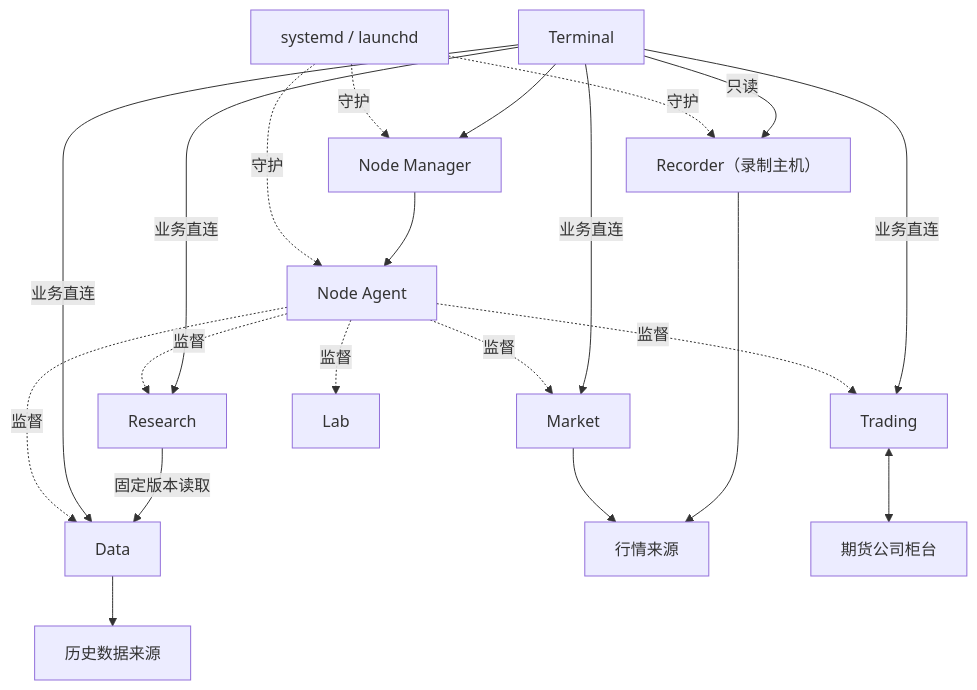
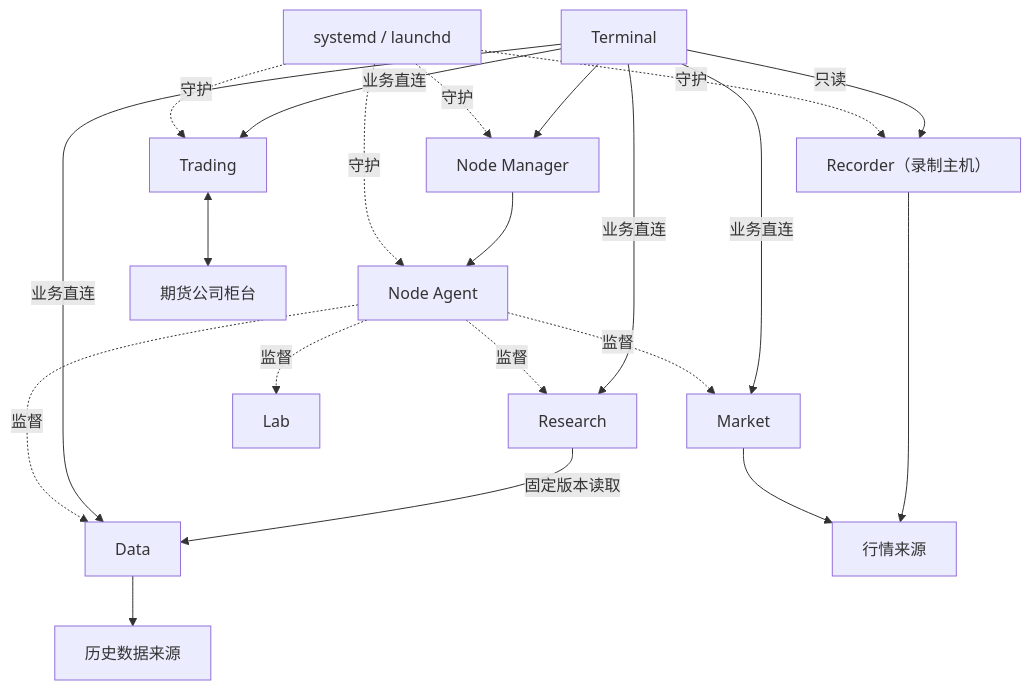
The second of 2 diagrams in docs/architecture.md (isqiwen/asterion-terminal), drawn with Mermaid before and after one commit. The commit also changed other lines of this file and 595 other files, not shown here.

````diff
--- a/docs/architecture.md
+++ b/docs/architecture.md
@@ -42,16 +45,17 @@
 ```mermaid
 flowchart TB
   OS[systemd / launchd] -.守护.-> Manager[Node Manager]
   OS -.守护.-> Agent[Node Agent]
   Terminal --> Manager
   Manager --> Agent
-  Agent -.监督.-> Market & Data & Research & Trading & Lab
+  Agent -.监督.-> Market & Data & Research & Lab
+  OS -.守护.-> Trading
   Terminal -->|业务直连| Market & Data & Research & Trading
   Research -->|固定版本读取| Data
   Market --> Provider[行情来源]
   OS -.守护.-> Recorder[Recorder（录制主机）]
   Recorder --> Provider
   Terminal -->|只读| Recorder
   Data --> Provider2[历史数据来源]
   Trading <--> Broker[期货公司柜台]
 ```
````
